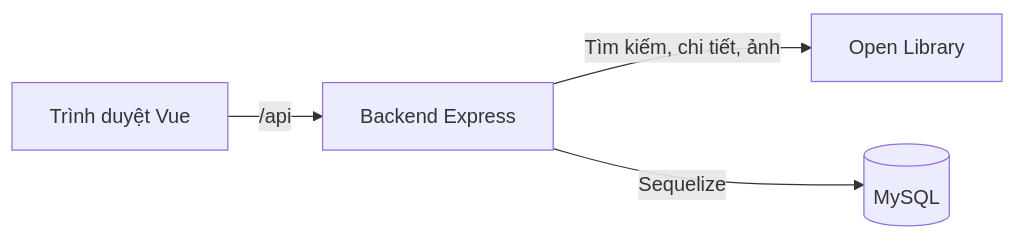
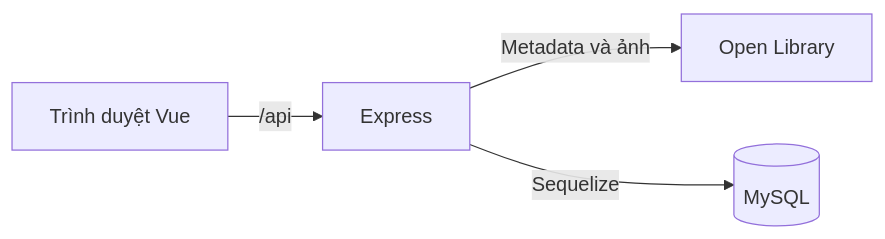
The first of 2 diagrams in README.md (Ngoquyen07/bookmg-workspace), drawn with Mermaid before and after one commit. The commit also changed other lines of this file, not shown here.

````diff
--- a/README.md
+++ b/README.md
@@ -158,6 +72,6 @@
 ```mermaid
 flowchart LR
-    Browser[Trình duyệt Vue] -->|/api| Express[Backend Express]
-    Express -->|Tìm kiếm, chi tiết, ảnh| OpenLibrary[Open Library]
-    Express -->|Sequelize| MySQL[(MySQL)]
+    Vue[Trình duyệt Vue] -->|/api| BE[Express]
+    BE -->|Metadata và ảnh| OL[Open Library]
+    BE -->|Sequelize| DB[(MySQL)]
 ```
````
